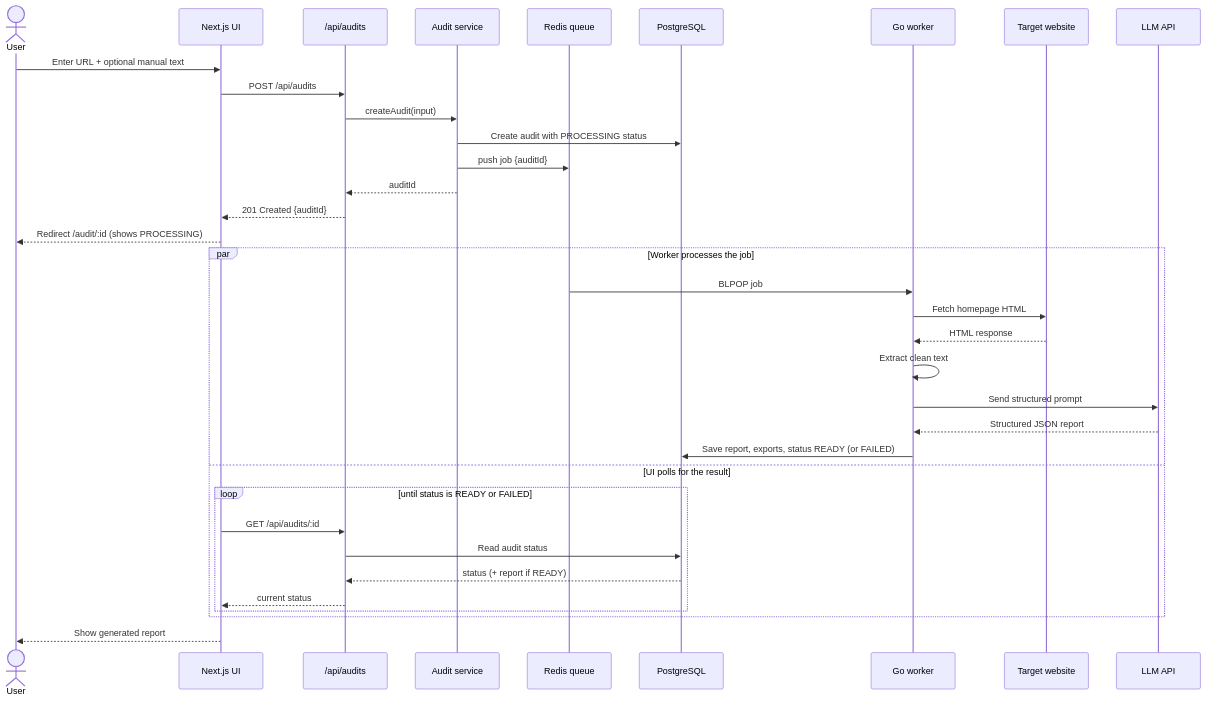
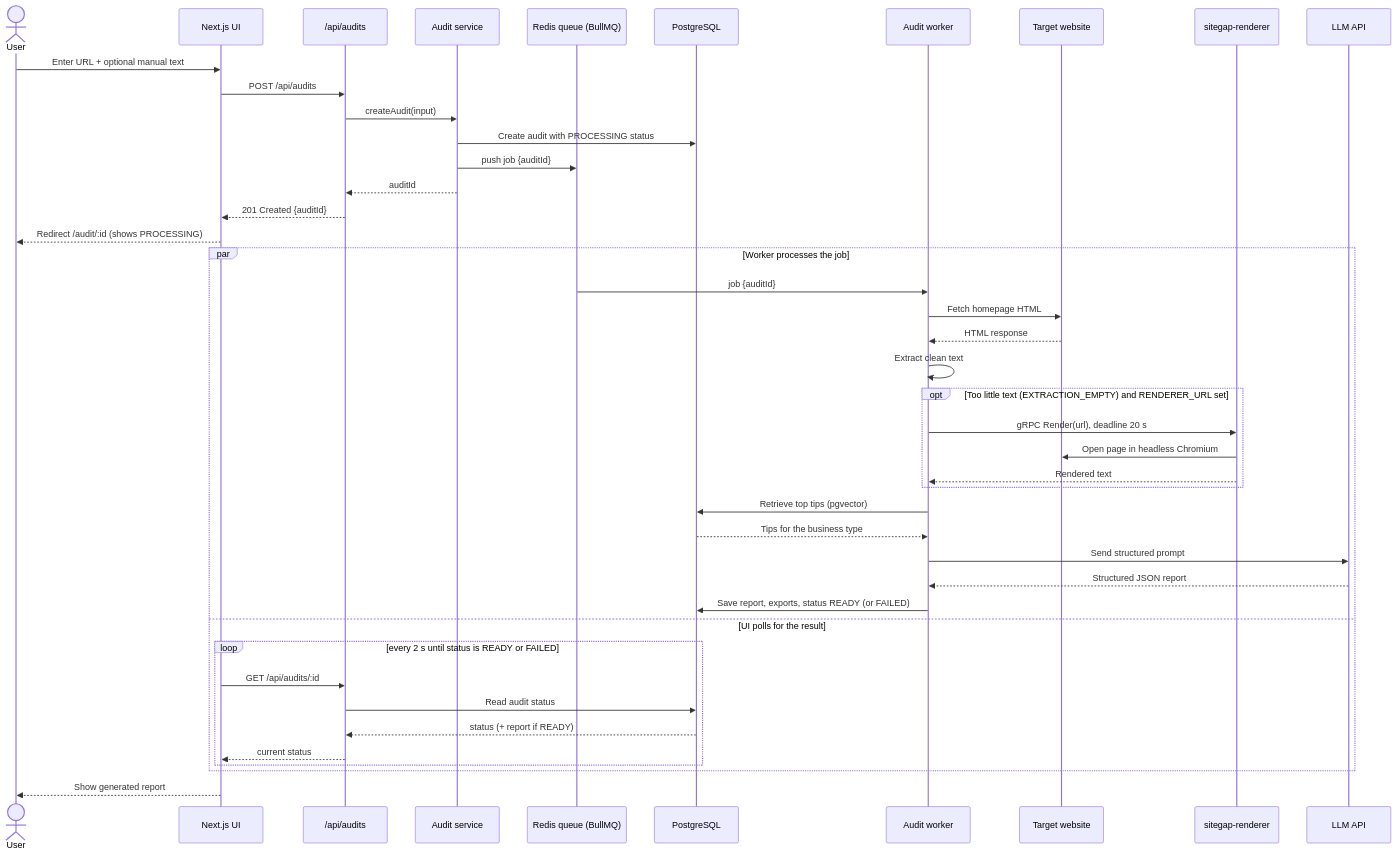
One commit to Luxion07/sitegap-ai changed the third of 12 diagrams in docs/ARCHITECTURE.md. Above: the diagram before and after it, drawn with Mermaid. The commit also changed 1 other file, not shown here.

Commit message:
docs: bring the audit diagrams up to date
The audit sequence diagram still showed the Go worker spike pulling
jobs with BLPOP, although Phase 9 shipped a TypeScript BullMQ worker,
and it skipped the RAG step. Neither it nor the README diagram showed
the renderer fallback added in Phase 12. Readers start from these
diagrams, so they should match the code.

````diff
--- a/docs/ARCHITECTURE.md
+++ b/docs/ARCHITECTURE.md
@@ -113,40 +113,48 @@
 ```mermaid
 sequenceDiagram
   actor User
   participant UI as Next.js UI
   participant API as /api/audits
   participant Audit as Audit service
-  participant Queue as Redis queue
+  participant Queue as Redis queue (BullMQ)
   participant DB as PostgreSQL
-  participant Worker as Go worker
+  participant Worker as Audit worker
   participant Site as Target website
+  participant Renderer as sitegap-renderer
   participant LLM as LLM API
 
   User->>UI: Enter URL + optional manual text
   UI->>API: POST /api/audits
   API->>Audit: createAudit(input)
   Audit->>DB: Create audit with PROCESSING status
   Audit->>Queue: push job {auditId}
   Audit-->>API: auditId
   API-->>UI: 201 Created {auditId}
   UI-->>User: Redirect /audit/:id (shows PROCESSING)
 
   par Worker processes the job
-    Queue->>Worker: BLPOP job
+    Queue->>Worker: job {auditId}
     Worker->>Site: Fetch homepage HTML
     Site-->>Worker: HTML response
     Worker->>Worker: Extract clean text
+    opt Too little text (EXTRACTION_EMPTY) and RENDERER_URL set
+      Worker->>Renderer: gRPC Render(url), deadline 20 s
+      Renderer->>Site: Open page in headless Chromium
+      Renderer-->>Worker: Rendered text
+    end
+    Worker->>DB: Retrieve top tips (pgvector)
+    DB-->>Worker: Tips for the business type
     Worker->>LLM: Send structured prompt
     LLM-->>Worker: Structured JSON report
     Worker->>DB: Save report, exports, status READY (or FAILED)
   and UI polls for the result
-    loop until status is READY or FAILED
+    loop every 2 s until status is READY or FAILED
       UI->>API: GET /api/audits/:id
       API->>DB: Read audit status
       DB-->>API: status (+ report if READY)
       API-->>UI: current status
     end
   end
 
   UI-->>User: Show generated report
 ```
````
